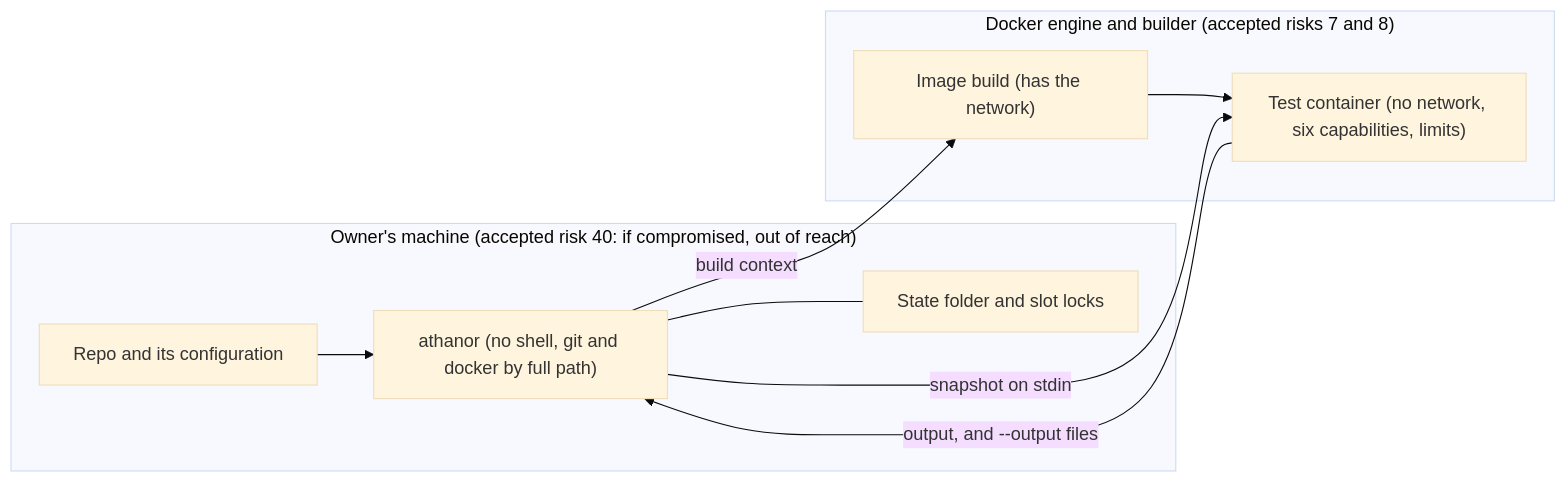
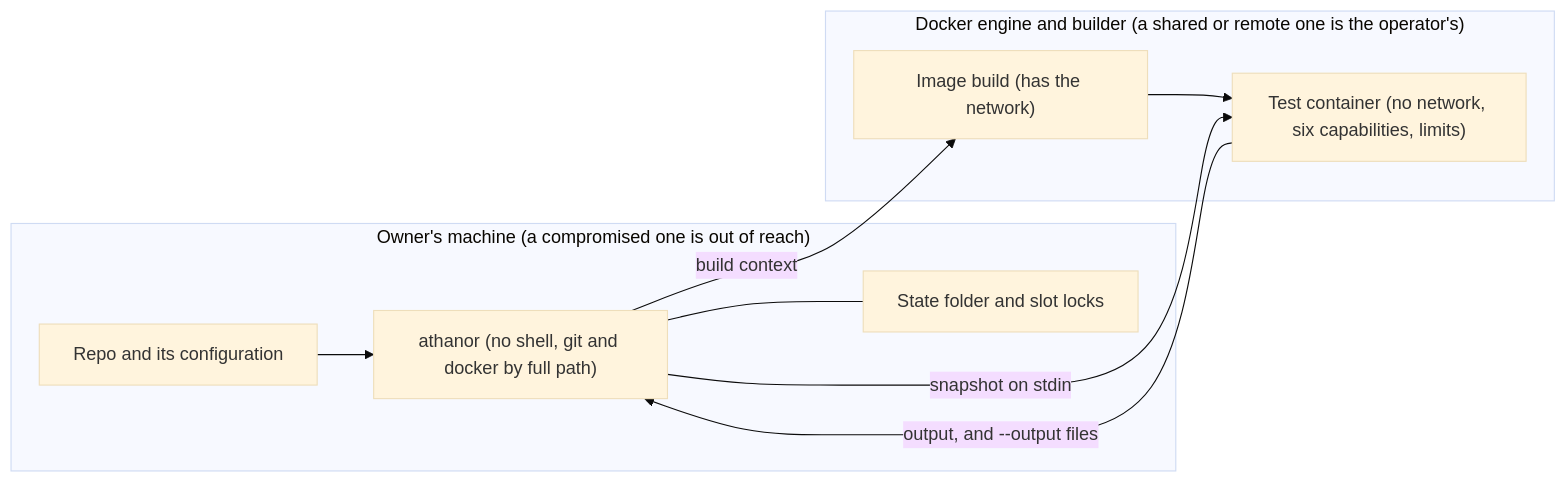
One commit to mephistopheles4/athanor changed the second of 2 diagrams in docs/threat-model.md. Above: the diagram before and after it, drawn with Mermaid (base theme). The commit also changed other lines of this file and 6 other files, not shown here.

````diff
--- a/docs/threat-model.md
+++ b/docs/threat-model.md
@@ -216,18 +102,18 @@
 ```mermaid
 flowchart LR
-    subgraph Host["Owner's machine (accepted risk 40: if compromised, out of reach)"]
+    subgraph Host["Owner's machine (a compromised one is out of reach)"]
         Repo["Repo and its configuration"]
         Athanor["athanor (no shell, git and docker by full path)"]
         State["State folder and slot locks"]
     end
-    subgraph Engine["Docker engine and builder (accepted risks 7 and 8)"]
+    subgraph Engine["Docker engine and builder (a shared or remote one is the operator's)"]
         Build["Image build (has the network)"]
         Run["Test container (no network, six capabilities, limits)"]
     end
     Repo --> Athanor
     Athanor --- State
     Athanor -- "build context" --> Build
     Build --> Run
     Athanor -- "snapshot on stdin" --> Run
     Run -- "output, and --output files" --> Athanor
 ```
````
